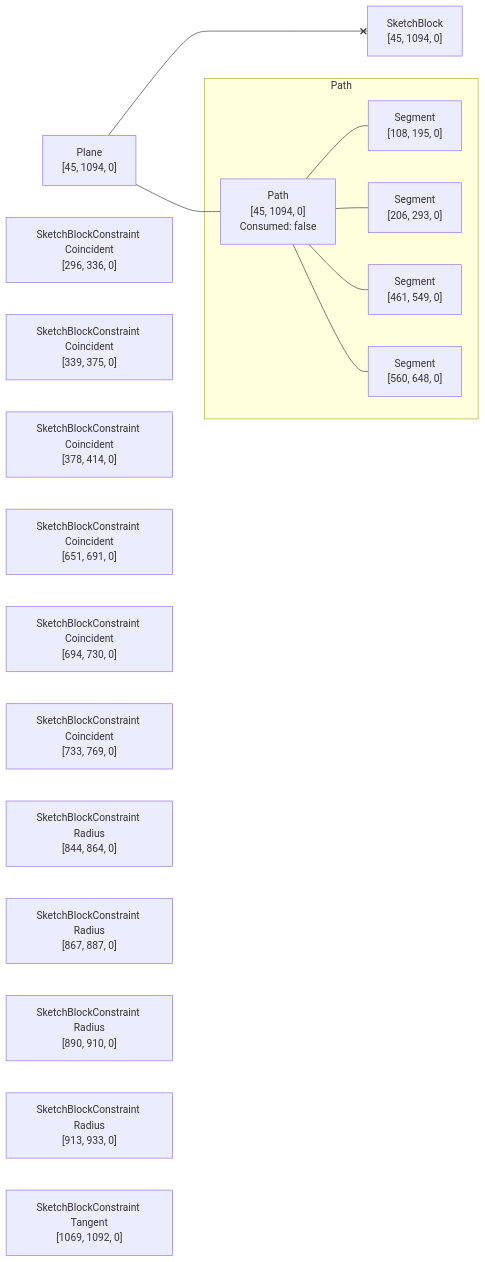
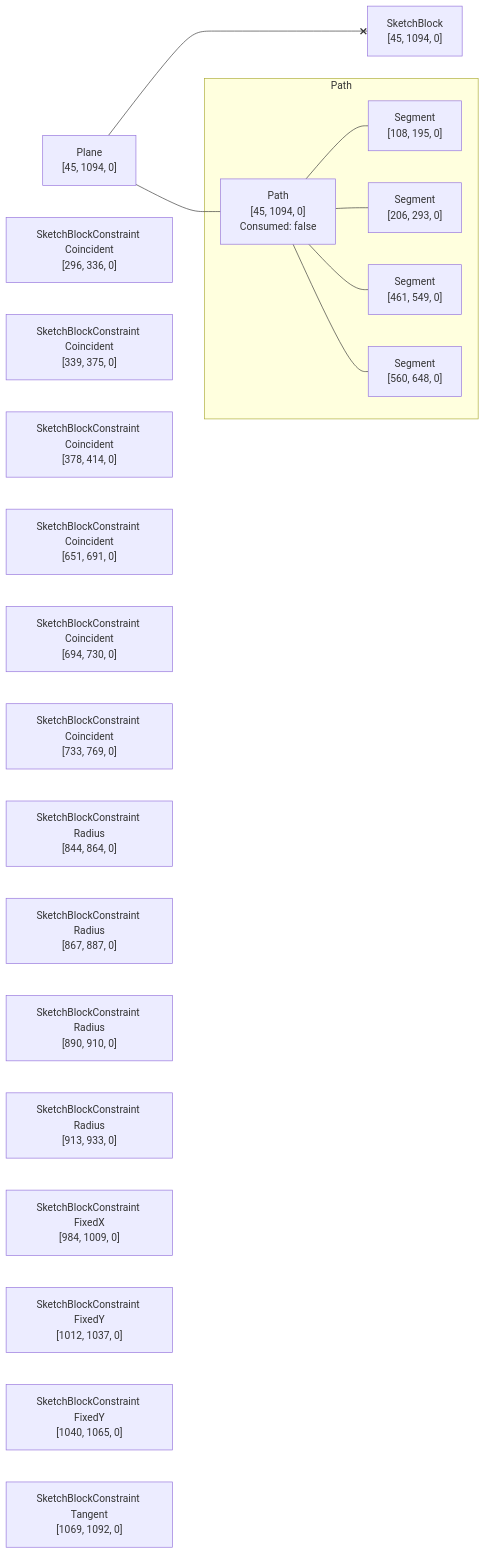
One commit to KittyCAD/modeling-app changed the diagram in rust/kcl-lib/tests/tangent_circle_circle/artifact_graph_flowchart.snap.md. Above: the diagram before and after it, drawn with Mermaid. The commit also changed 25 other files, not shown here.

````diff
--- a/rust/kcl-lib/tests/tangent_circle_circle/artifact_graph_flowchart.snap.md
+++ b/rust/kcl-lib/tests/tangent_circle_circle/artifact_graph_flowchart.snap.md
@@ -1,47 +1,53 @@
 ```mermaid
 flowchart LR
   subgraph path2 [Path]
     2["Path<br>[45, 1094, 0]<br>Consumed: false"]
       %% [ProgramBodyItem { index: 0 }, VariableDeclarationDeclaration, VariableDeclarationInit, SketchBlock]
     3["Segment<br>[108, 195, 0]"]
       %% [ProgramBodyItem { index: 0 }, VariableDeclarationDeclaration, VariableDeclarationInit, SketchBlock]
     4["Segment<br>[206, 293, 0]"]
       %% [ProgramBodyItem { index: 0 }, VariableDeclarationDeclaration, VariableDeclarationInit, SketchBlock]
     5["Segment<br>[461, 549, 0]"]
       %% [ProgramBodyItem { index: 0 }, VariableDeclarationDeclaration, VariableDeclarationInit, SketchBlock]
     6["Segment<br>[560, 648, 0]"]
       %% [ProgramBodyItem { index: 0 }, VariableDeclarationDeclaration, VariableDeclarationInit, SketchBlock]
   end
   1["Plane<br>[45, 1094, 0]"]
     %% [ProgramBodyItem { index: 0 }, VariableDeclarationDeclaration, VariableDeclarationInit, SketchBlock]
   7["SketchBlock<br>[45, 1094, 0]"]
     %% [ProgramBodyItem { index: 0 }, VariableDeclarationDeclaration, VariableDeclarationInit, SketchBlock]
   8["SketchBlockConstraint Coincident<br>[296, 336, 0]"]
     %% [ProgramBodyItem { index: 0 }, VariableDeclarationDeclaration, VariableDeclarationInit, SketchBlock]
   9["SketchBlockConstraint Coincident<br>[339, 375, 0]"]
     %% [ProgramBodyItem { index: 0 }, VariableDeclarationDeclaration, VariableDeclarationInit, SketchBlock]
   10["SketchBlockConstraint Coincident<br>[378, 414, 0]"]
     %% [ProgramBodyItem { index: 0 }, VariableDeclarationDeclaration, VariableDeclarationInit, SketchBlock]
   11["SketchBlockConstraint Coincident<br>[651, 691, 0]"]
     %% [ProgramBodyItem { index: 0 }, VariableDeclarationDeclaration, VariableDeclarationInit, SketchBlock]
   12["SketchBlockConstraint Coincident<br>[694, 730, 0]"]
     %% [ProgramBodyItem { index: 0 }, VariableDeclarationDeclaration, VariableDeclarationInit, SketchBlock]
   13["SketchBlockConstraint Coincident<br>[733, 769, 0]"]
     %% [ProgramBodyItem { index: 0 }, VariableDeclarationDeclaration, VariableDeclarationInit, SketchBlock]
   14["SketchBlockConstraint Radius<br>[844, 864, 0]"]
     %% [ProgramBodyItem { index: 0 }, VariableDeclarationDeclaration, VariableDeclarationInit, SketchBlock]
   15["SketchBlockConstraint Radius<br>[867, 887, 0]"]
     %% [ProgramBodyItem { index: 0 }, VariableDeclarationDeclaration, VariableDeclarationInit, SketchBlock]
   16["SketchBlockConstraint Radius<br>[890, 910, 0]"]
     %% [ProgramBodyItem { index: 0 }, VariableDeclarationDeclaration, VariableDeclarationInit, SketchBlock]
   17["SketchBlockConstraint Radius<br>[913, 933, 0]"]
     %% [ProgramBodyItem { index: 0 }, VariableDeclarationDeclaration, VariableDeclarationInit, SketchBlock]
-  18["SketchBlockConstraint Tangent<br>[1069, 1092, 0]"]
+  18["SketchBlockConstraint FixedX<br>[984, 1009, 0]"]
+    %% [ProgramBodyItem { index: 0 }, VariableDeclarationDeclaration, VariableDeclarationInit, SketchBlock]
+  19["SketchBlockConstraint FixedY<br>[1012, 1037, 0]"]
+    %% [ProgramBodyItem { index: 0 }, VariableDeclarationDeclaration, VariableDeclarationInit, SketchBlock]
+  20["SketchBlockConstraint FixedY<br>[1040, 1065, 0]"]
+    %% [ProgramBodyItem { index: 0 }, VariableDeclarationDeclaration, VariableDeclarationInit, SketchBlock]
+  21["SketchBlockConstraint Tangent<br>[1069, 1092, 0]"]
     %% [ProgramBodyItem { index: 0 }, VariableDeclarationDeclaration, VariableDeclarationInit, SketchBlock]
   1 --- 2
   1 <--x 7
   2 --- 3
   2 --- 4
   2 --- 5
   2 --- 6
 ```
````
